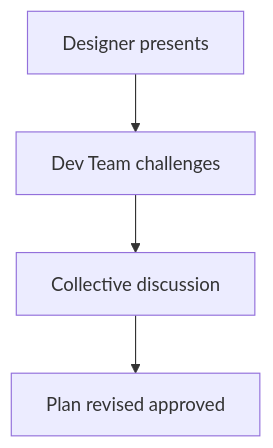
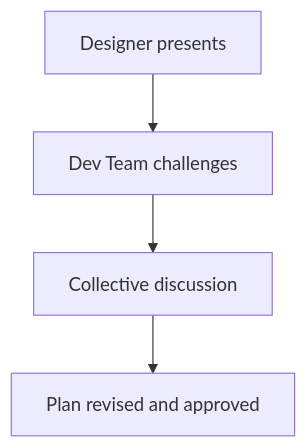
Before and after one commit to dc2method/dc2-website: the third of 6 diagrams in src/content/docs/en/roles-et-responsabilites.md, drawn with Mermaid. The commit also changed other lines of this file and 63 other files, not shown here.

````diff
--- a/src/content/docs/en/roles-et-responsabilites.md
+++ b/src/content/docs/en/roles-et-responsabilites.md
@@ -165,6 +164,6 @@
 ```mermaid
 graph TD
     CP[Designer presents] --> EDC[Dev Team challenges]
     EDC --> DC[Collective discussion]
-    DC --> PR[Plan revised approved]
+    DC --> PR[Plan revised and approved]
 ```
````
